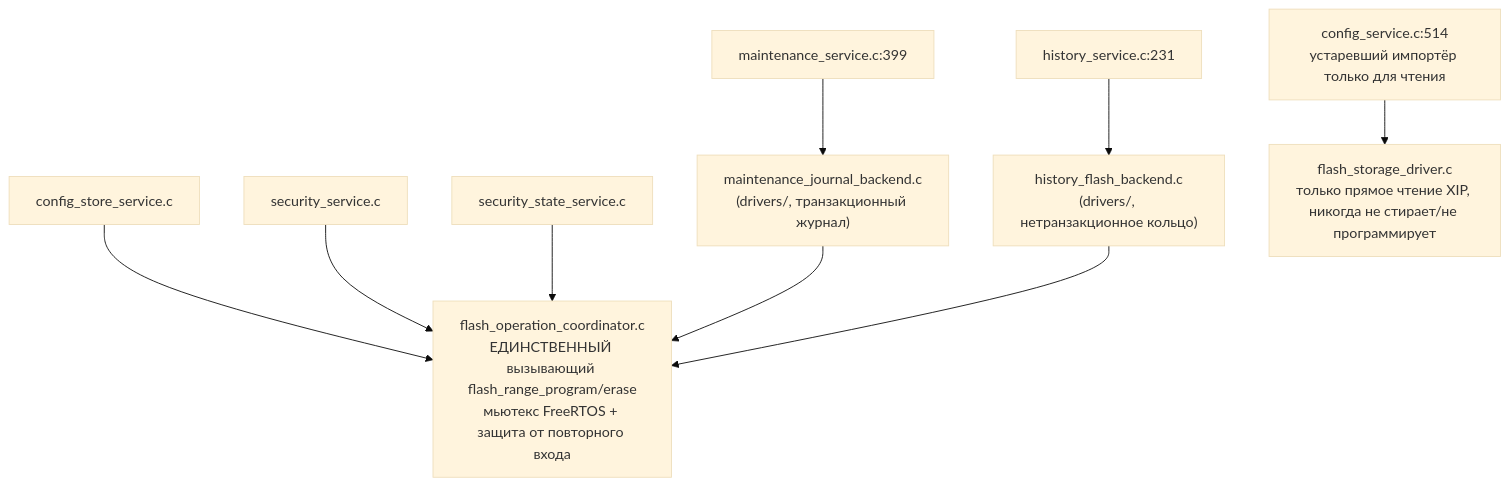
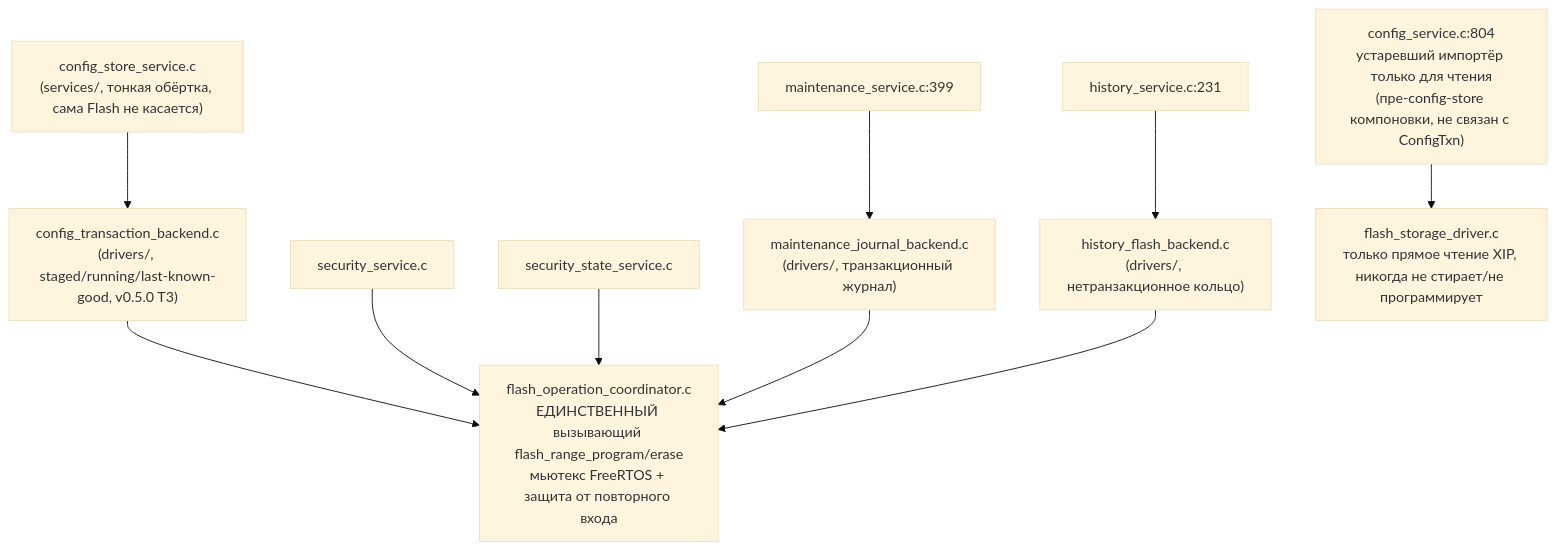
The third of 3 diagrams in docs/code/hardware.md (Maronari/RP2040_OPCUA_Server), drawn with Mermaid (base theme) before and after one commit. The commit also changed 7 other files, not shown here.

First line of the commit message:
docs(code): correct docs/code/ architecture maps for the v0.5.0 config transaction backend

````diff
--- a/docs/code/hardware.md
+++ b/docs/code/hardware.md
@@ -105,19 +105,20 @@
 ```mermaid
 graph TD
     FOC["flash_operation_coordinator.c<br/>ЕДИНСТВЕННЫЙ вызывающий flash_range_program/erase<br/>мьютекс FreeRTOS + защита от повторного входа"]
-    ConfigStore["config_store_service.c"]
+    ConfigTxn["config_transaction_backend.c<br/>(drivers/, staged/running/last-known-good, v0.5.0 T3)"]
     Security["security_service.c"]
     SecurityState["security_state_service.c"]
     MJ["maintenance_journal_backend.c<br/>(drivers/, транзакционный журнал)"]
     HFB["history_flash_backend.c<br/>(drivers/, нетранзакционное кольцо)"]
 
-    ConfigStore --> FOC
+    ConfigTxn --> FOC
     Security --> FOC
     SecurityState --> FOC
     MJ --> FOC
     HFB --> FOC
 
     MSvc["maintenance_service.c:399"] --> MJ
     HSvc["history_service.c:231"] --> HFB
-    CSvc["config_service.c:514<br/>устаревший импортёр только для чтения"] --> FSD["flash_storage_driver.c<br/>только прямое чтение XIP, никогда не стирает/не программирует"]
+    ConfigStoreSvc["config_store_service.c<br/>(services/, тонкая обёртка, сама Flash не касается)"] --> ConfigTxn
+    CSvc["config_service.c:804<br/>устаревший импортёр только для чтения<br/>(пре-config-store компоновки, не связан с ConfigTxn)"] --> FSD["flash_storage_driver.c<br/>только прямое чтение XIP, никогда не стирает/не программирует"]
 ```
````
